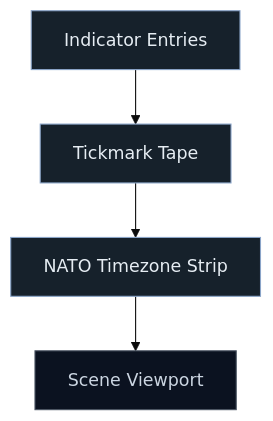
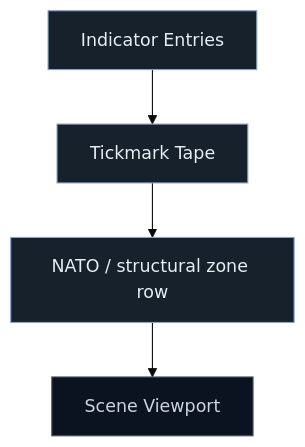
One commit to generationtech/libration changed the third of 8 diagrams in ARCHITECTURE.md. Above: the diagram before and after it, drawn with Mermaid (base theme). The commit also changed other lines of this file and 11 other files, not shown here.

````diff
--- a/ARCHITECTURE.md
+++ b/ARCHITECTURE.md
@@ -151,17 +151,17 @@
 ```mermaid
 flowchart TB
     IE[Indicator Entries]
     TT[Tickmark Tape]
-    NZ[NATO Timezone Strip]
+    NZ[NATO / structural zone row]
     SCENE[Scene Viewport]
 
     IE --> TT
     TT --> NZ
     NZ --> SCENE
 
     classDef chrome fill:#16212b,stroke:#8aa4c8,color:#e6edf3;
     classDef scene fill:#0b1220,stroke:#4b5563,color:#cbd5e1;
 
     class IE,TT,NZ chrome;
     class SCENE scene;
 ```
````
